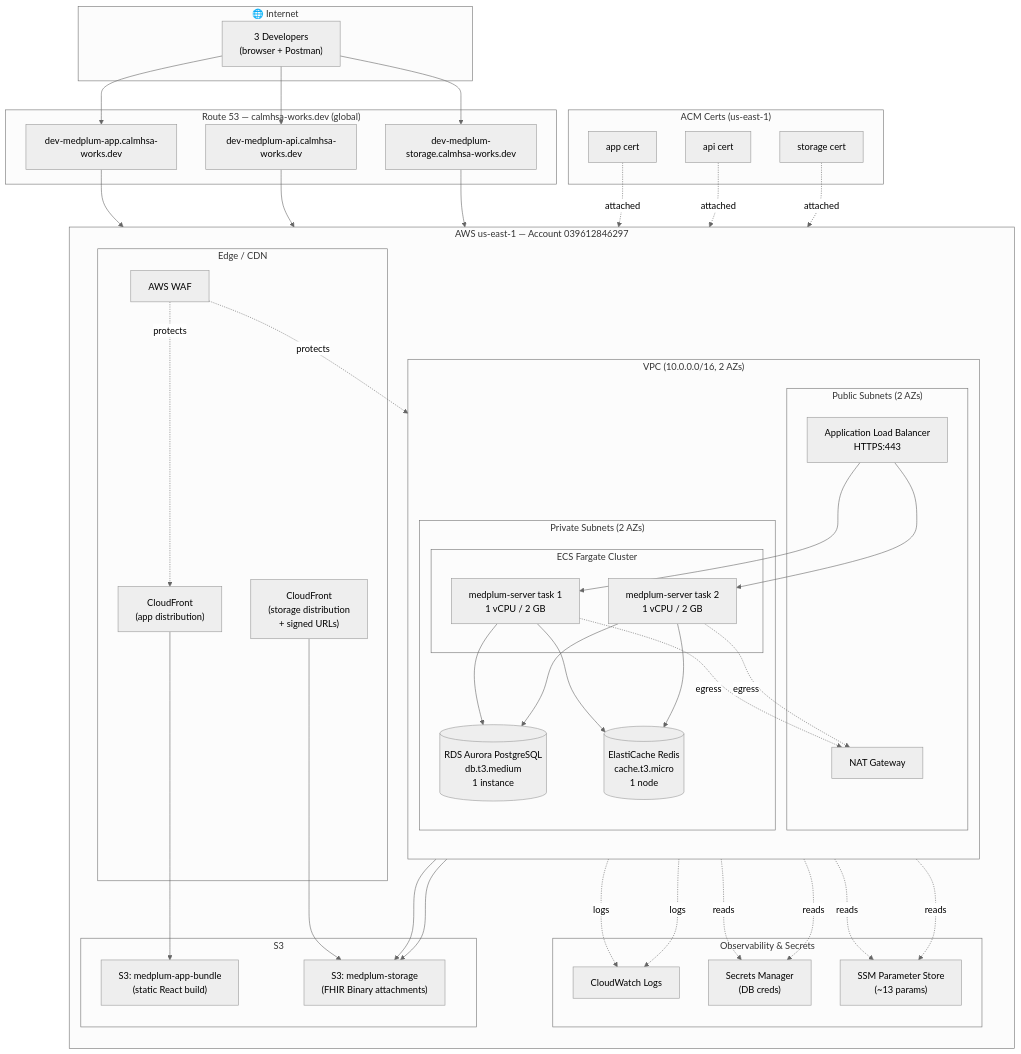
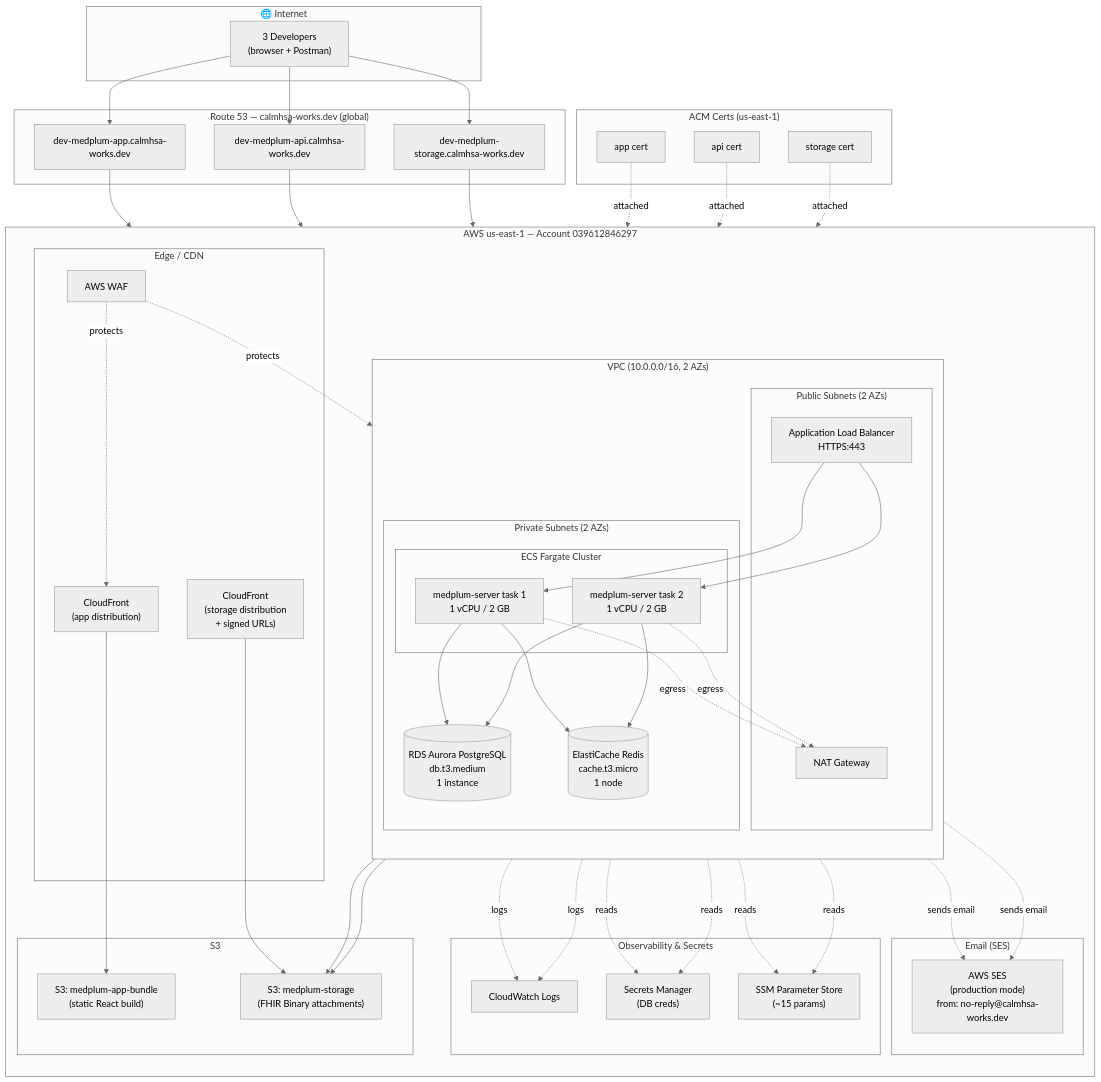
Before and after one commit to Ashutosh-Thinkitian/medplum-fod-backend: the first of 2 diagrams in docs/superpowers/specs/2026-05-22-medplum-aws-dev-deployment-architecture.md, drawn with Mermaid (neutral theme). The commit also changed other lines of this file and 5 other files, not shown here.

````diff
--- a/docs/superpowers/specs/2026-05-22-medplum-aws-dev-deployment-architecture.md
+++ b/docs/superpowers/specs/2026-05-22-medplum-aws-dev-deployment-architecture.md
@@ -65,7 +65,11 @@
         subgraph Ops["Observability & Secrets"]
             CW["CloudWatch Logs"]
             SM["Secrets Manager<br/>(DB creds)"]
-            SSM["SSM Parameter Store<br/>(~13 params)"]
+            SSM["SSM Parameter Store<br/>(~15 params)"]
+        end
+
+        subgraph Email["Email (SES)"]
+            SES["AWS SES<br/>(production mode)<br/>from: no-reply@calmhsa-works.dev"]
         end
     end
 
@@ -106,4 +110,7 @@
 
     Task1 -.egress.-> NAT
     Task2 -.egress.-> NAT
+
+    Task1 -.sends email.-> SES
+    Task2 -.sends email.-> SES
 ```
````
